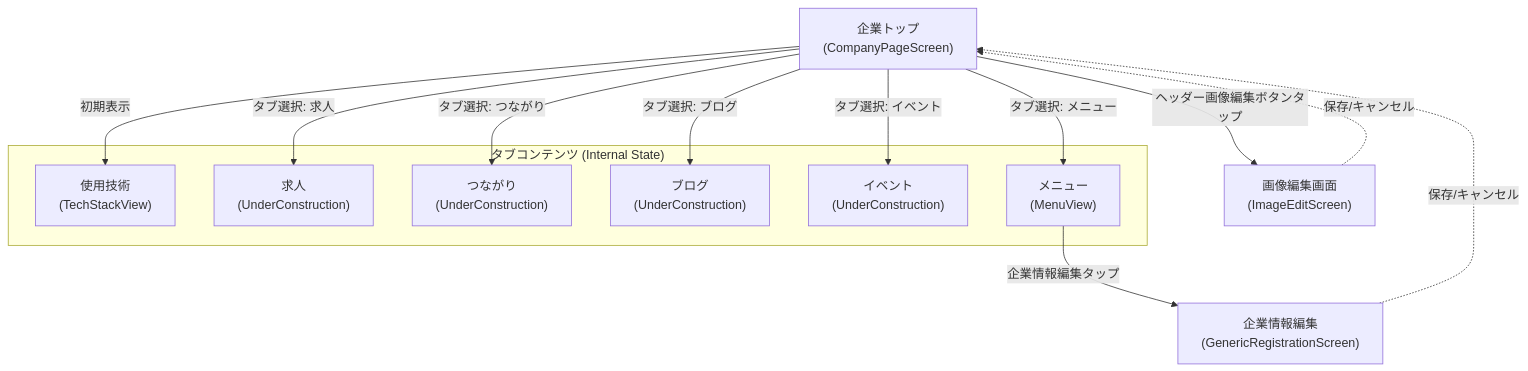
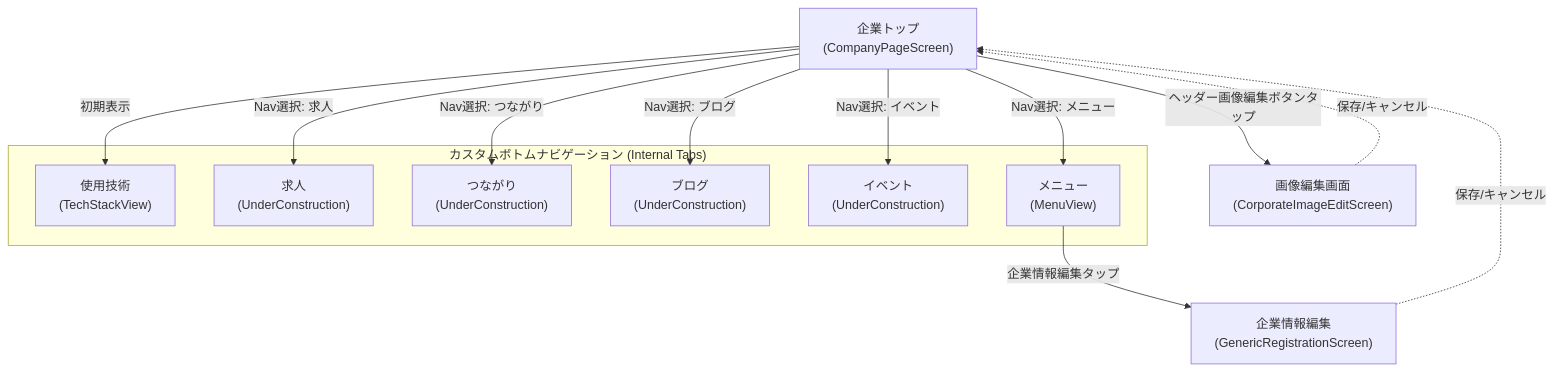
The third of 5 diagrams in docs/screen_transition_diagram.md (yama-0t0k0/forAgent), drawn with Mermaid before and after one commit. The commit also changed other lines of this file and 1 other file, not shown here.

Commit message:
Auto commit: 2026-02-05 15:14:09

````diff
--- a/docs/screen_transition_diagram.md
+++ b/docs/screen_transition_diagram.md
@@ -96,31 +96,31 @@
 ```mermaid
 graph TD
     %% Nodes
     CompanyPage["企業トップ<br/>(CompanyPageScreen)"]
-    ImageEdit["画像編集画面<br/>(ImageEditScreen)"]
+    ImageEdit["画像編集画面<br/>(CorporateImageEditScreen)"]
     Registration["企業情報編集<br/>(GenericRegistrationScreen)"]
 
-    subgraph "タブコンテンツ (Internal State)"
+    subgraph "カスタムボトムナビゲーション (Internal Tabs)"
         TechStack["使用技術<br/>(TechStackView)"]
         Jobs["求人<br/>(UnderConstruction)"]
         Connections["つながり<br/>(UnderConstruction)"]
         Blog["ブログ<br/>(UnderConstruction)"]
         Events["イベント<br/>(UnderConstruction)"]
         MenuTab["メニュー<br/>(MenuView)"]
     end
 
     %% Transitions
     CompanyPage -->|初期表示| TechStack
-    CompanyPage -- "タブ選択: 求人" --> Jobs
-    CompanyPage -- "タブ選択: つながり" --> Connections
-    CompanyPage -- "タブ選択: ブログ" --> Blog
-    CompanyPage -- "タブ選択: イベント" --> Events
-    CompanyPage -- "タブ選択: メニュー" --> MenuTab
+    CompanyPage -- "Nav選択: 求人" --> Jobs
+    CompanyPage -- "Nav選択: つながり" --> Connections
+    CompanyPage -- "Nav選択: ブログ" --> Blog
+    CompanyPage -- "Nav選択: イベント" --> Events
+    CompanyPage -- "Nav選択: メニュー" --> MenuTab
 
     CompanyPage -- "ヘッダー画像編集ボタンタップ" --> ImageEdit
     
     MenuTab -- "企業情報編集タップ" --> Registration
 
     ImageEdit -. "保存/キャンセル" .-> CompanyPage
     Registration -. "保存/キャンセル" .-> CompanyPage
 ```
````
